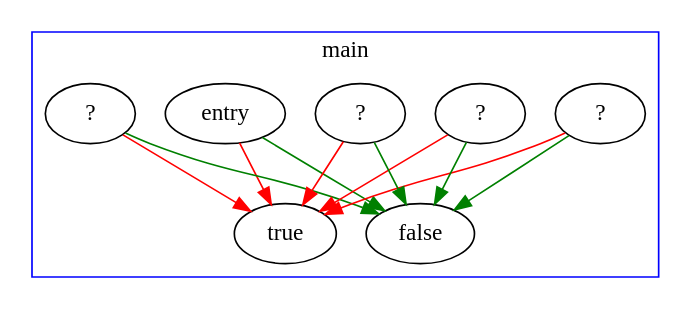
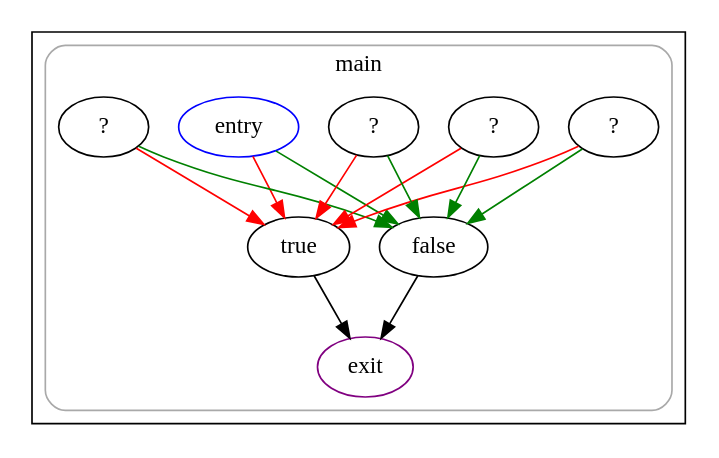
One commit to UnsignedByte/6120 changed the diagram in playground/unlabeled-bbs.cfg.dot. Above: the diagram before and after it, drawn with Graphviz. The commit also changed 38 other files, not shown here.

Commit message:
add call graph visualization

```diff
--- a/playground/unlabeled-bbs.cfg.dot
+++ b/playground/unlabeled-bbs.cfg.dot
@@ -1,23 +1,31 @@
 strict digraph G {
+  compound=true
   subgraph cluster_0 {
-    label="main"
-    color=blue
-    subgraph_0_node_0[label="entry",shape=oval]
-    subgraph_0_node_1[label="?",shape=oval]
-    subgraph_0_node_2[label="?",shape=oval]
-    subgraph_0_node_3[label="?",shape=oval]
-    subgraph_0_node_4[label="?",shape=oval]
-    subgraph_0_node_5[label="true",shape=oval]
-    subgraph_0_node_6[label="false",shape=oval]
-    subgraph_0_node_0 -> subgraph_0_node_6 [color=green]
-    subgraph_0_node_0 -> subgraph_0_node_5 [color=red]
-    subgraph_0_node_1 -> subgraph_0_node_6 [color=green]
-    subgraph_0_node_1 -> subgraph_0_node_5 [color=red]
-    subgraph_0_node_2 -> subgraph_0_node_6 [color=green]
-    subgraph_0_node_2 -> subgraph_0_node_5 [color=red]
-    subgraph_0_node_3 -> subgraph_0_node_6 [color=green]
-    subgraph_0_node_3 -> subgraph_0_node_5 [color=red]
-    subgraph_0_node_4 -> subgraph_0_node_6 [color=green]
-    subgraph_0_node_4 -> subgraph_0_node_5 [color=red]
+    subgraph cluster_0_0 {
+      label="main"
+      color=darkgray
+      style=rounded
+      fillcolor=lightgray
+      cluster_0_0_0[label="entry",shape=oval,color=blue,rank=source]
+      cluster_0_0_1[label="?",shape=oval]
+      cluster_0_0_2[label="?",shape=oval]
+      cluster_0_0_3[label="?",shape=oval]
+      cluster_0_0_4[label="?",shape=oval]
+      cluster_0_0_5[label="true",shape=oval]
+      cluster_0_0_6[label="false",shape=oval]
+      cluster_0_0_exit[label=exit,color=purple,rank=sink]
+      cluster_0_0_0 -> cluster_0_0_6 [color=green]
+      cluster_0_0_0 -> cluster_0_0_5 [color=red]
+      cluster_0_0_1 -> cluster_0_0_6 [color=green]
+      cluster_0_0_1 -> cluster_0_0_5 [color=red]
+      cluster_0_0_2 -> cluster_0_0_6 [color=green]
+      cluster_0_0_2 -> cluster_0_0_5 [color=red]
+      cluster_0_0_3 -> cluster_0_0_6 [color=green]
+      cluster_0_0_3 -> cluster_0_0_5 [color=red]
+      cluster_0_0_4 -> cluster_0_0_6 [color=green]
+      cluster_0_0_4 -> cluster_0_0_5 [color=red]
+      cluster_0_0_5 -> cluster_0_0_exit [color=black]
+      cluster_0_0_6 -> cluster_0_0_exit [color=black]
+    }
   }
 }
```
